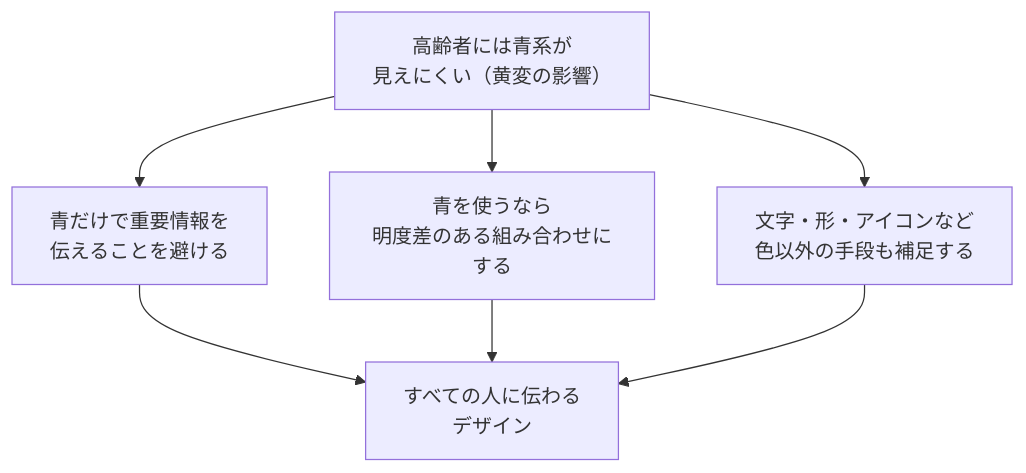
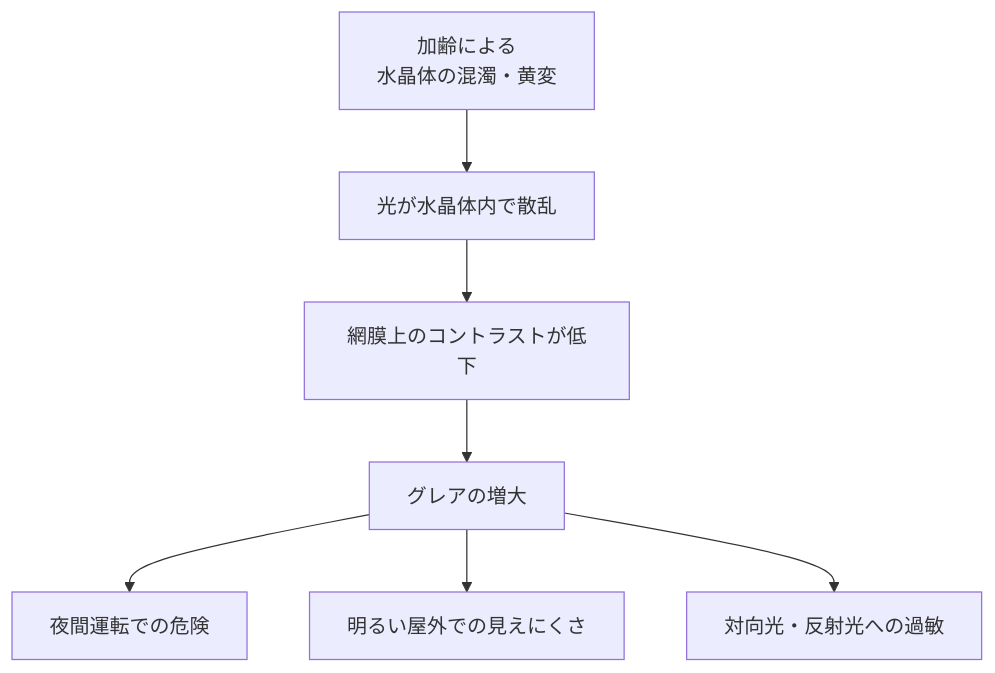
Before and after one commit to ozaki25/color-coordination-training-ozaki25: the second of 3 diagrams in docs/lessons/lesson22/index.md, drawn with Mermaid. The commit also changed other lines of this file and 10 other files, not shown here.

````diff
--- a/docs/lessons/lesson22/index.md
+++ b/docs/lessons/lesson22/index.md
@@ -122,9 +93,9 @@
 ```mermaid
 graph TD
-    課題["高齢者には青系が\n見えにくい（黄変の影響）"] --> A["青だけで重要情報を\n伝えることを避ける"]
-    課題 --> B["青を使うなら\n明度差のある組み合わせにする"]
-    課題 --> C["文字・形・アイコンなど\n色以外の手段も補足する"]
-    A --> D["すべての人に伝わる\nデザイン"]
-    B --> D
-    C --> D
+    A["加齢による\n水晶体の混濁・黄変"] --> B["光が水晶体内で散乱"]
+    B --> C["網膜上のコントラストが低下"]
+    C --> D["グレアの増大"]
+    D --> E1["夜間運転での危険"]
+    D --> E2["明るい屋外での見えにくさ"]
+    D --> E3["対向光・反射光への過敏"]
 ```
````
